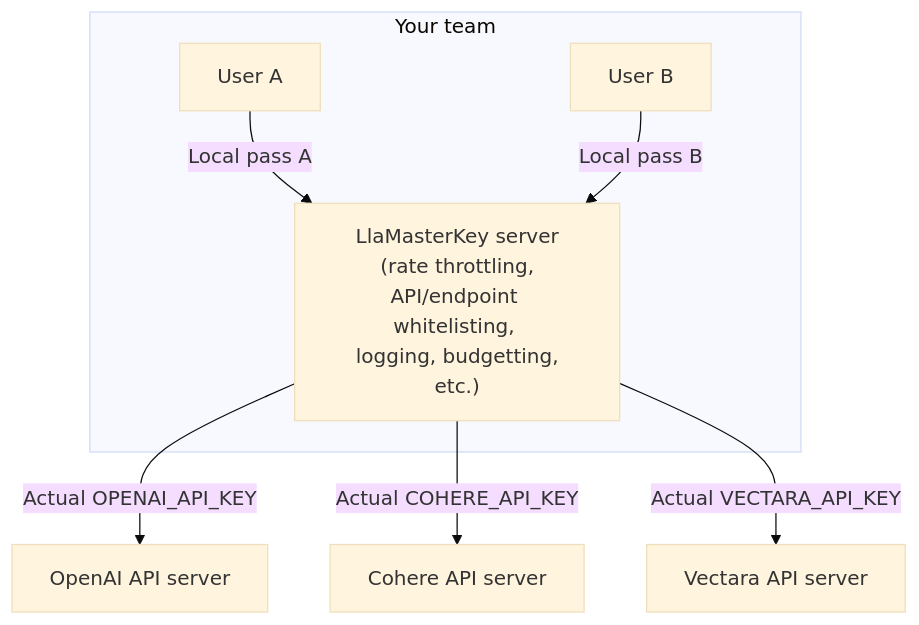
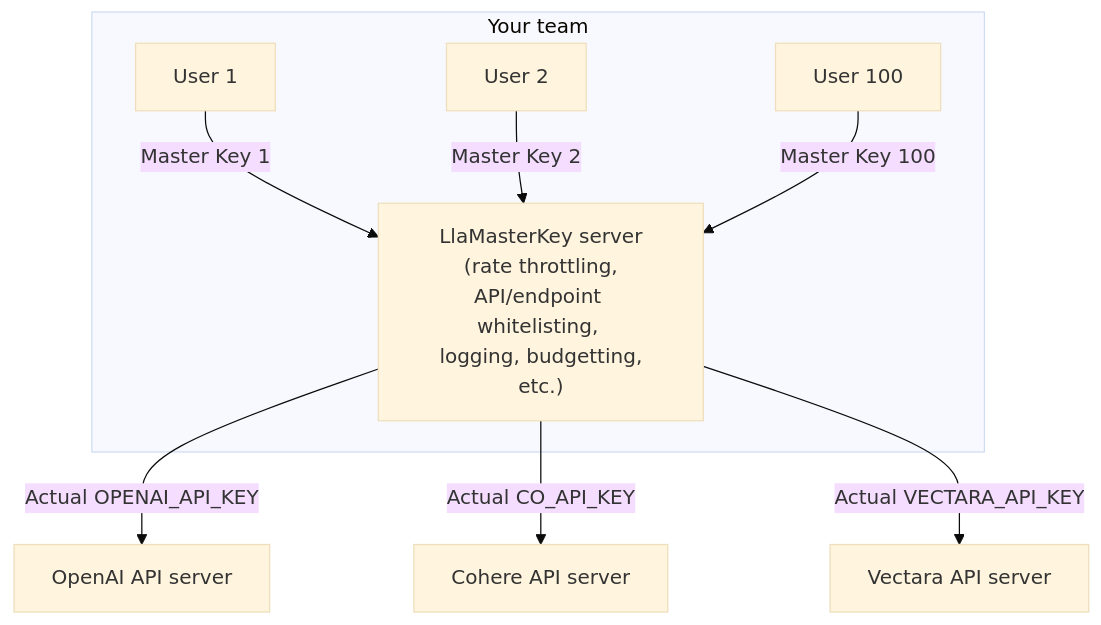
One commit to TexteaInc/LlaMasterKey changed the diagram in README.md. Above: the diagram before and after it, drawn with Mermaid (base theme). The commit also changed other lines of this file and 1 other file, not shown here.

````diff
--- a/README.md
+++ b/README.md
@@ -5,10 +5,11 @@
 ```mermaid
 graph TD
    subgraph Your team
-     A[User A] -- Local pass A --> L[LlaMasterKey server]
-     B[User B] -- Local pass B --> L["LlaMasterKey server<br> (rate throttling, API/endpoint whitelisting, <br> logging, budgetting, etc.)"]
+     A[User 1] -- Master Key 1 --> L["LlaMasterKey server<br> (rate throttling, API/endpoint whitelisting, <br> logging, budgetting, etc.)"]
+     B[User 2] -- Master Key 2 --> L
+     C[User 100] -- Master Key 100 --> L
    end 
     L -- Actual OPENAI_API_KEY--> O[OpenAI API server]
-    L -- Actual COHERE_API_KEY--> C[Cohere API server]
-    L -- Actual VECTARA_API_KEY--> V[Vectara API server]
+    L -- Actual CO_API_KEY--> P[Cohere API server]
+    L -- Actual VECTARA_API_KEY--> Q[Vectara API server]
 ```
````
